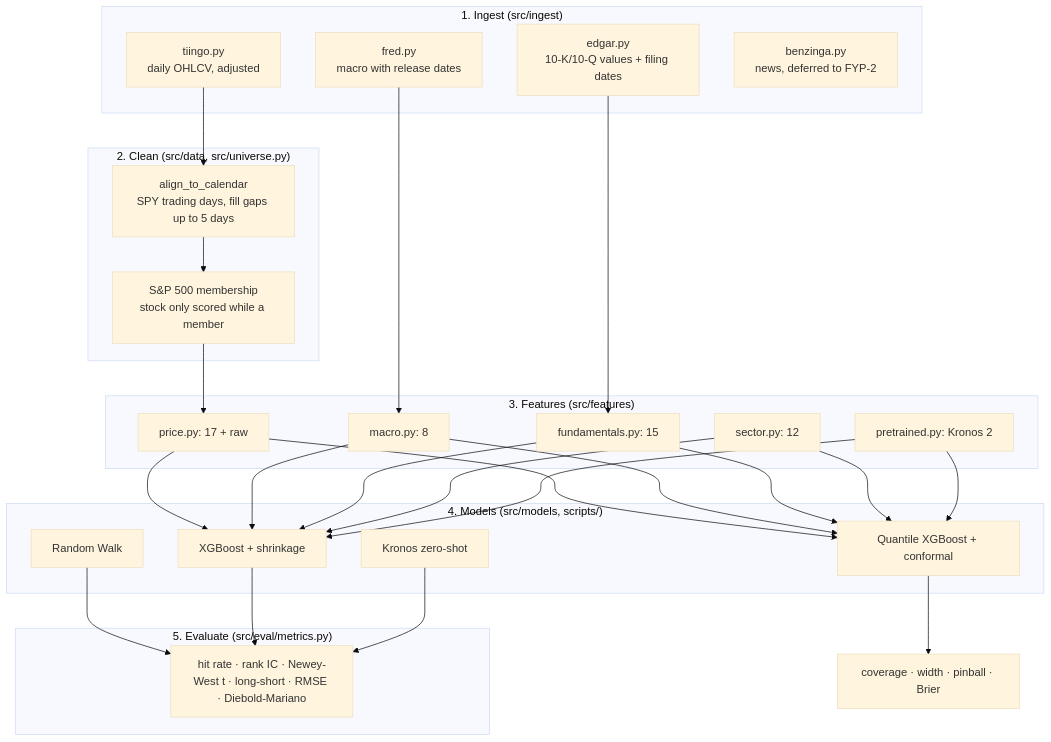
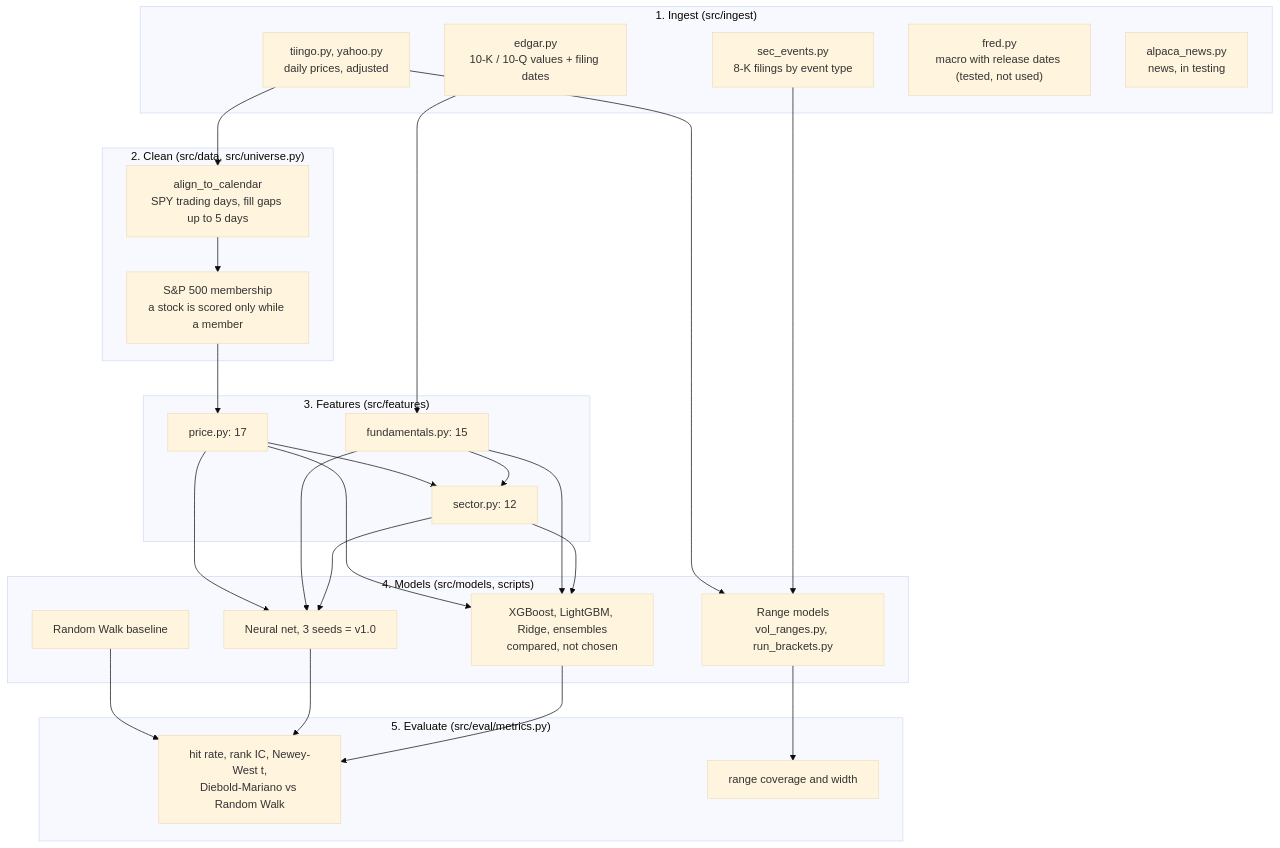
One commit to Naveed-CoLab/LatticeX changed the diagram in docs/architecture.md. Above: the diagram before and after it, drawn with Mermaid (base theme). The commit also changed other lines of this file and 71 other files, not shown here.

Commit message:
Daily model, live dashboard, faster Alpaca news download, docs up to date

````diff
--- a/docs/architecture.md
+++ b/docs/architecture.md
@@ -7,35 +21,45 @@
 ```mermaid
 flowchart TD
     subgraph Ingest["1. Ingest  (src/ingest)"]
-        T[tiingo.py<br/>daily OHLCV, adjusted]
-        F[fred.py<br/>macro with release dates]
-        E[edgar.py<br/>10-K/10-Q values + filing dates]
-        B[benzinga.py<br/>news, deferred to FYP-2]
+        T["tiingo.py, yahoo.py<br/>daily prices, adjusted"]
+        E["edgar.py<br/>10-K / 10-Q values + filing dates"]
+        V["sec_events.py<br/>8-K filings by event type"]
+        F["fred.py<br/>macro with release dates (tested, not used)"]
+        N["alpaca_news.py<br/>news, in testing"]
     end
     subgraph Clean["2. Clean  (src/data, src/universe.py)"]
-        C[align_to_calendar<br/>SPY trading days, fill gaps up to 5 days]
-        U[S&P 500 membership<br/>stock only scored while a member]
+        C["align_to_calendar<br/>SPY trading days, fill gaps up to 5 days"]
+        U["S&P 500 membership<br/>a stock is scored only while a member"]
     end
     subgraph Feat["3. Features  (src/features)"]
-        P[price.py: 17 + raw]
-        M[macro.py: 8]
-        FU[fundamentals.py: 15]
-        S[sector.py: 12]
-        K[pretrained.py: Kronos 2]
+        P["price.py: 17"]
+        FU["fundamentals.py: 15"]
+        S["sector.py: 12"]
     end
-    subgraph Model["4. Models  (src/models, scripts/)"]
-        RW[Random Walk]
-        X[XGBoost + shrinkage]
-        Q[Quantile XGBoost + conformal]
-        KR[Kronos zero-shot]
+    subgraph Model["4. Models  (src/models, scripts)"]
+        RW["Random Walk baseline"]
+        M["Neural net, 3 seeds = v1.0"]
+        X["XGBoost, LightGBM, Ridge, ensembles<br/>compared, not chosen"]
+        R["Range models<br/>vol_ranges.py, run_brackets.py"]
     end
     subgraph Eval["5. Evaluate  (src/eval/metrics.py)"]
-        EV[hit rate · rank IC · Newey-West t · long-short · RMSE · Diebold-Mariano]
+        EV["hit rate, rank IC, Newey-West t,<br/>Diebold-Mariano vs Random Walk"]
+        BR["range coverage and width"]
     end
     T --> C --> U --> P
-    F --> M
     E --> FU
-    P & M & FU & S & K --> X & Q
-    RW & X & KR --> EV
-    Q --> BR[coverage · width · pinball · Brier]
+    P --> S
+    FU --> S
+    P --> M
+    FU --> M
+    S --> M
+    P --> X
+    FU --> X
+    S --> X
+    RW --> EV
+    M --> EV
+    X --> EV
+    T --> R
+    V --> R
+    R --> BR
 ```
````
